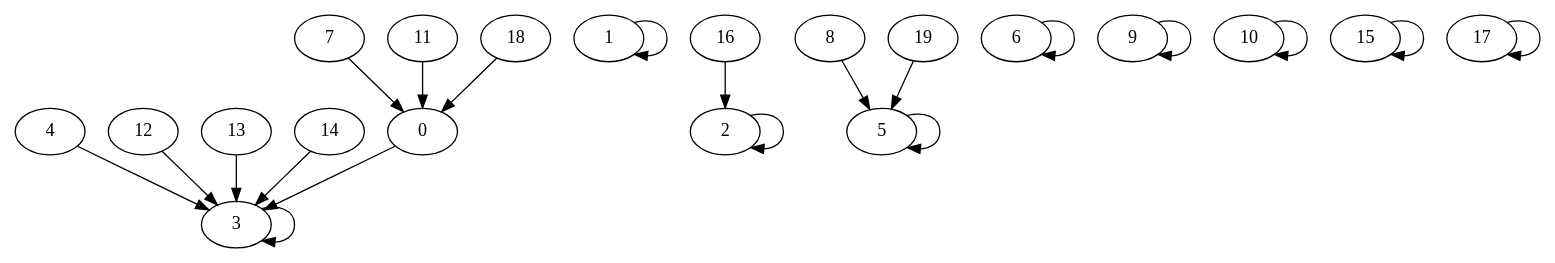
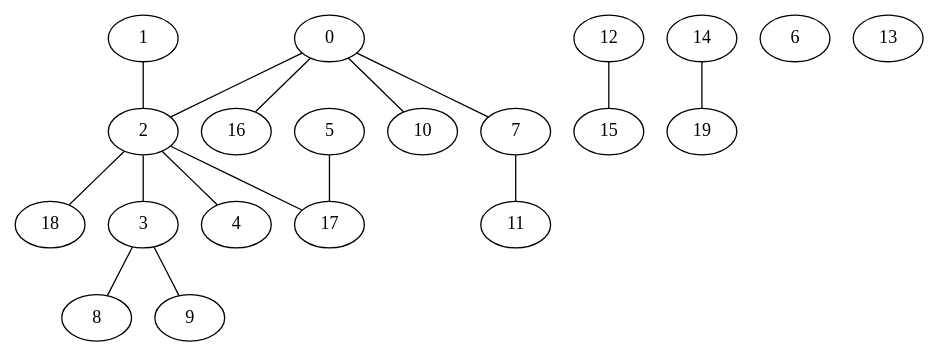
One commit to corentinckf/projetZ1 changed the diagram in partition/mathieu/graph.dot. Above: the diagram before and after it, drawn with Graphviz. The commit also changed 4 other files, not shown here.

```diff
--- a/partition/mathieu/graph.dot
+++ b/partition/mathieu/graph.dot
@@ -1,22 +1,37 @@
-digraph { 
-	0->3
-	1->1
-	2->2
-	3->3
-	4->3
-	5->5
-	6->6
-	7->0
-	8->5
-	9->9
-	10->10
-	11->0
-	12->3
-	13->3
-	14->3
-	15->15
-	16->2
-	17->17
-	18->0
-	19->5
+graph { 
+	0--2
+	0--7
+	0--10
+	0--16
+	1--2
+	2--3
+	2--4
+	2--17
+	2--18
+	3--8
+	3--9
+	5--17
+	7--11
+	12--15
+	14--19
+	0
+	1
+	2
+	3
+	4
+	5
+	6
+	7
+	8
+	9
+	10
+	11
+	12
+	13
+	14
+	15
+	16
+	17
+	18
+	19
 } 
```
